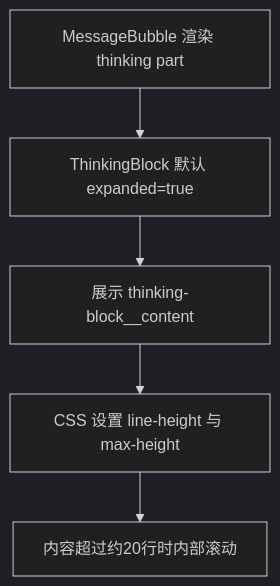
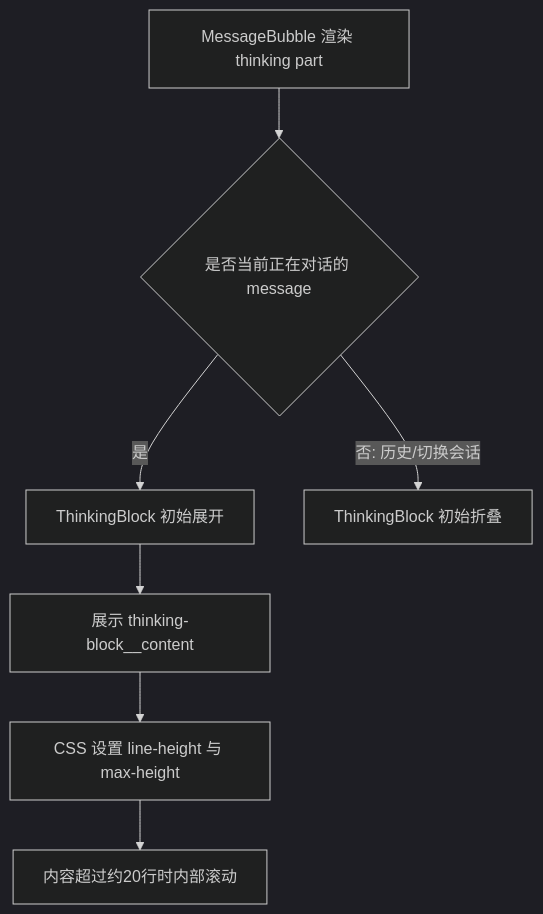
One commit to Abelsjcheng/skillSDK changed the first of 3 diagrams in ai-chat-viewer/docs/plans/2026-06-11-agent-cui-thinking-block-height-plan.md. Above: the diagram before and after it, drawn with Mermaid (dark theme). The commit also changed other lines of this file and 4 other files, not shown here.

````diff
--- a/ai-chat-viewer/docs/plans/2026-06-11-agent-cui-thinking-block-height-plan.md
+++ b/ai-chat-viewer/docs/plans/2026-06-11-agent-cui-thinking-block-height-plan.md
@@ -36,7 +38,9 @@
 ```mermaid
 flowchart TD
-    A["MessageBubble 渲染 thinking part"] --> B["ThinkingBlock 默认 expanded=true"]
-    B --> C["展示 thinking-block__content"]
-    C --> D["CSS 设置 line-height 与 max-height"]
-    D --> E["内容超过约20行时内部滚动"]
+    A["MessageBubble 渲染 thinking part"] --> B{"是否当前正在对话的 message"}
+    B -- "是" --> C["ThinkingBlock 初始展开"]
+    B -- "否: 历史/切换会话" --> D["ThinkingBlock 初始折叠"]
+    C --> E["展示 thinking-block__content"]
+    E --> F["CSS 设置 line-height 与 max-height"]
+    F --> G["内容超过约20行时内部滚动"]
 ```
````
